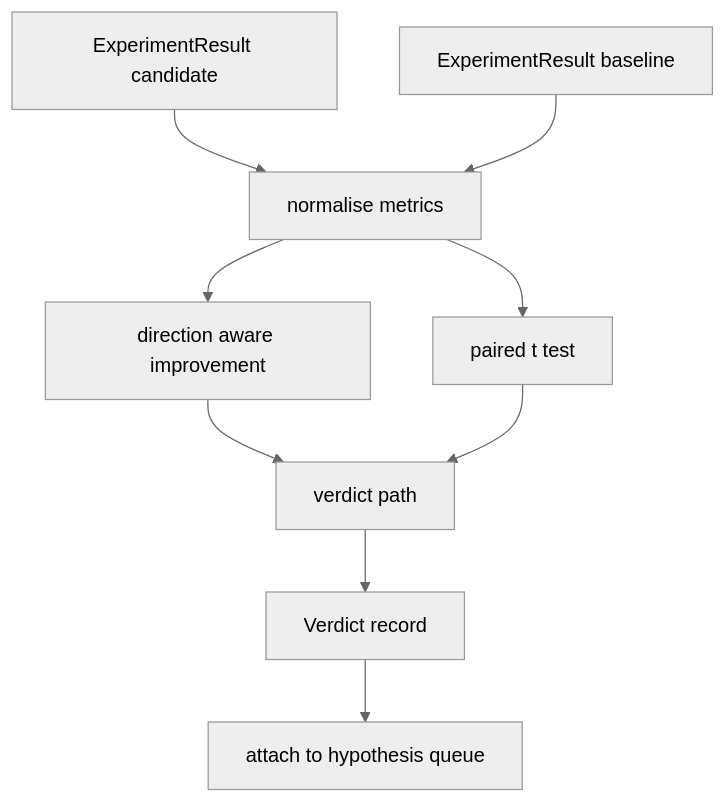
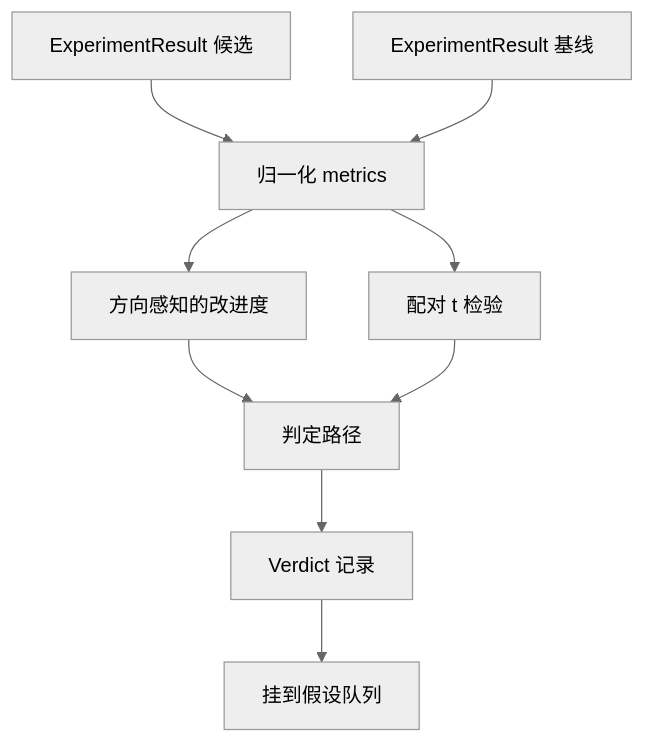
Before and after one commit to JerryC8080/ai-engineering-from-scratch-zh: the diagram in phases/19-capstone-projects/53-result-evaluator/docs/zh.md, drawn with Mermaid (neutral theme). The commit also changed 156 other files, not shown here.

First line of the commit message:
i18n(zh): translate mermaid diagram labels in 157 lesson zh.md

````diff
--- a/phases/19-capstone-projects/53-result-evaluator/docs/zh.md
+++ b/phases/19-capstone-projects/53-result-evaluator/docs/zh.md
@@ -53,11 +53,11 @@
 ```mermaid
 flowchart TD
-    A[ExperimentResult candidate] --> N[normalise metrics]
-    B[ExperimentResult baseline] --> N
-    N --> I[direction aware improvement]
-    N --> T[paired t test]
-    I --> V[verdict path]
+    A[ExperimentResult 候选] --> N[归一化 metrics]
+    B[ExperimentResult 基线] --> N
+    N --> I[方向感知的改进度]
+    N --> T[配对 t 检验]
+    I --> V[判定路径]
     T --> V
-    V --> O[Verdict record]
-    O --> Q[attach to hypothesis queue]
+    V --> O[Verdict 记录]
+    O --> Q[挂到假设队列]
 ```
````
